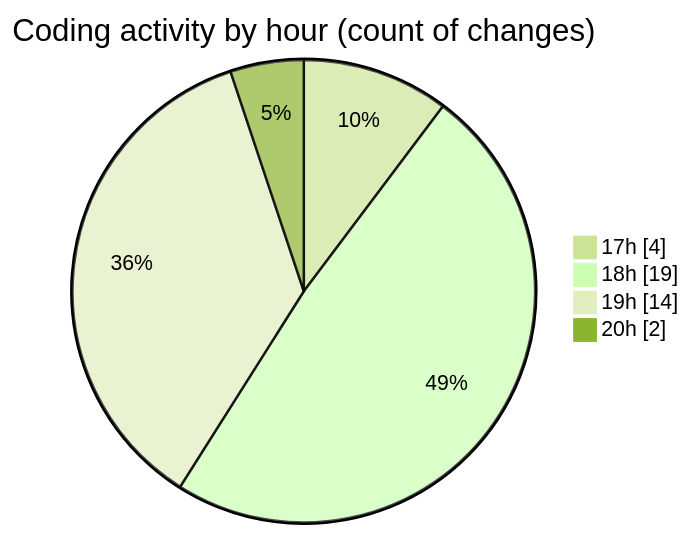
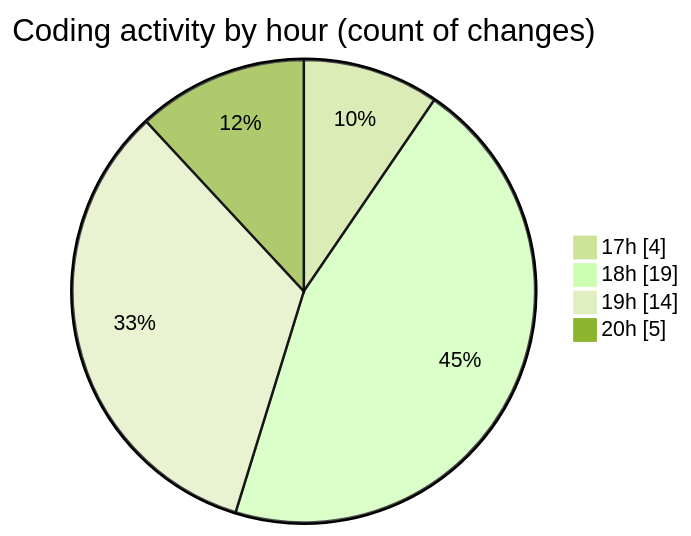
The second of 2 diagrams in 2025-03-18/myws__workspace_/README.md (MatusMokan/code-tracking), drawn with Mermaid (forest theme) before and after one commit. The commit also changed other lines of this file and 1 other file, not shown here.

````diff
--- a/2025-03-18/myws__workspace_/README.md
+++ b/2025-03-18/myws__workspace_/README.md
@@ -30,8 +30,8 @@
 ```mermaid
 pie showData
 title Coding activity by hour (count of changes)
 "17h" : 4
 "18h" : 19
 "19h" : 14
-"20h" : 2
+"20h" : 5
 ```
````
